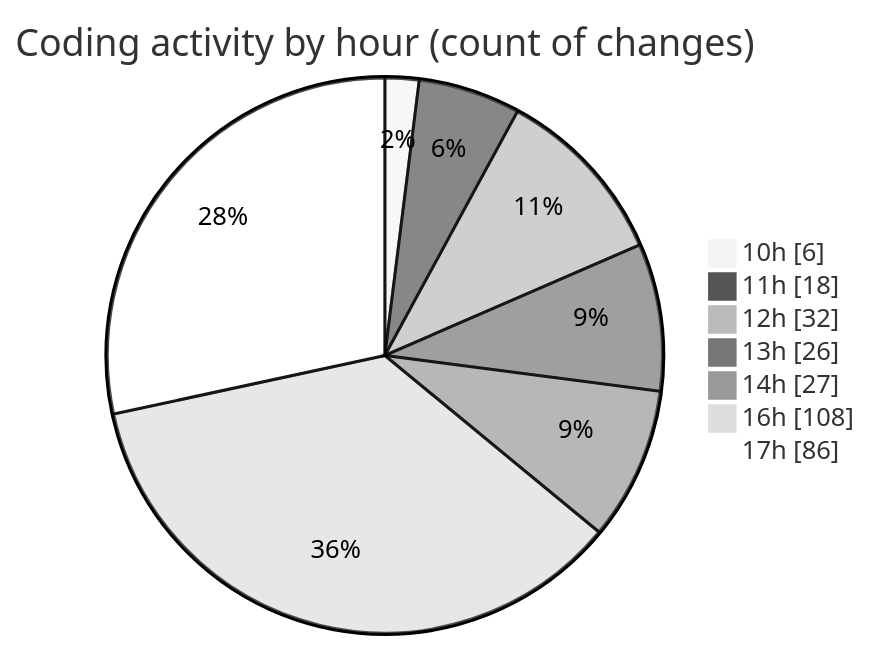
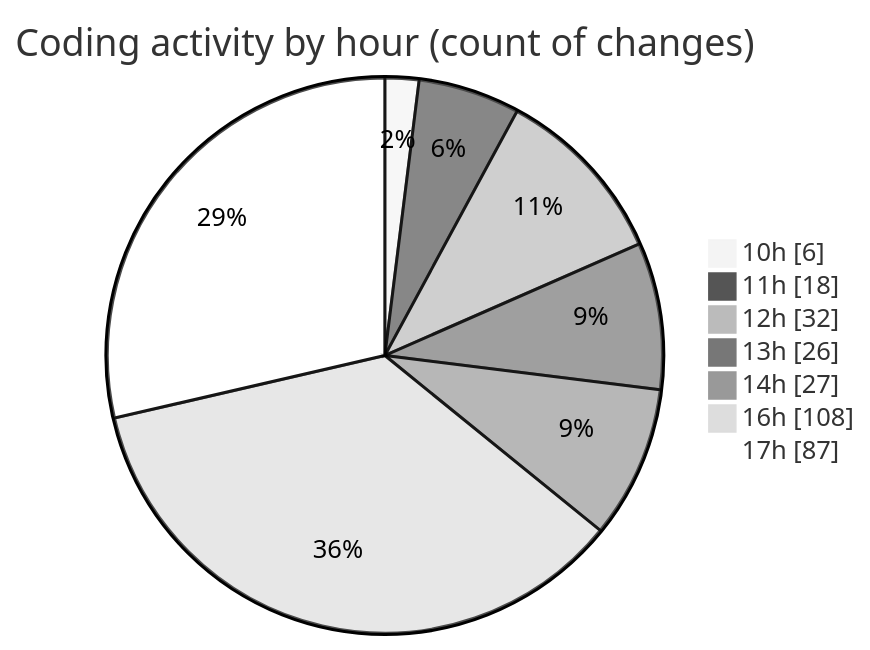
Before and after one commit to momahboobian/code-tracking: the second of 2 diagrams in 2026-09-03/cda/README.md, drawn with Mermaid (neutral theme). The commit also changed other lines of this file and 1 other file, not shown here.

````diff
--- a/2026-09-03/cda/README.md
+++ b/2026-09-03/cda/README.md
@@ -99,11 +99,11 @@
 ```mermaid
 pie showData
 title Coding activity by hour (count of changes)
 "10h" : 6
 "11h" : 18
 "12h" : 32
 "13h" : 26
 "14h" : 27
 "16h" : 108
-"17h" : 86
+"17h" : 87
 ```
````
